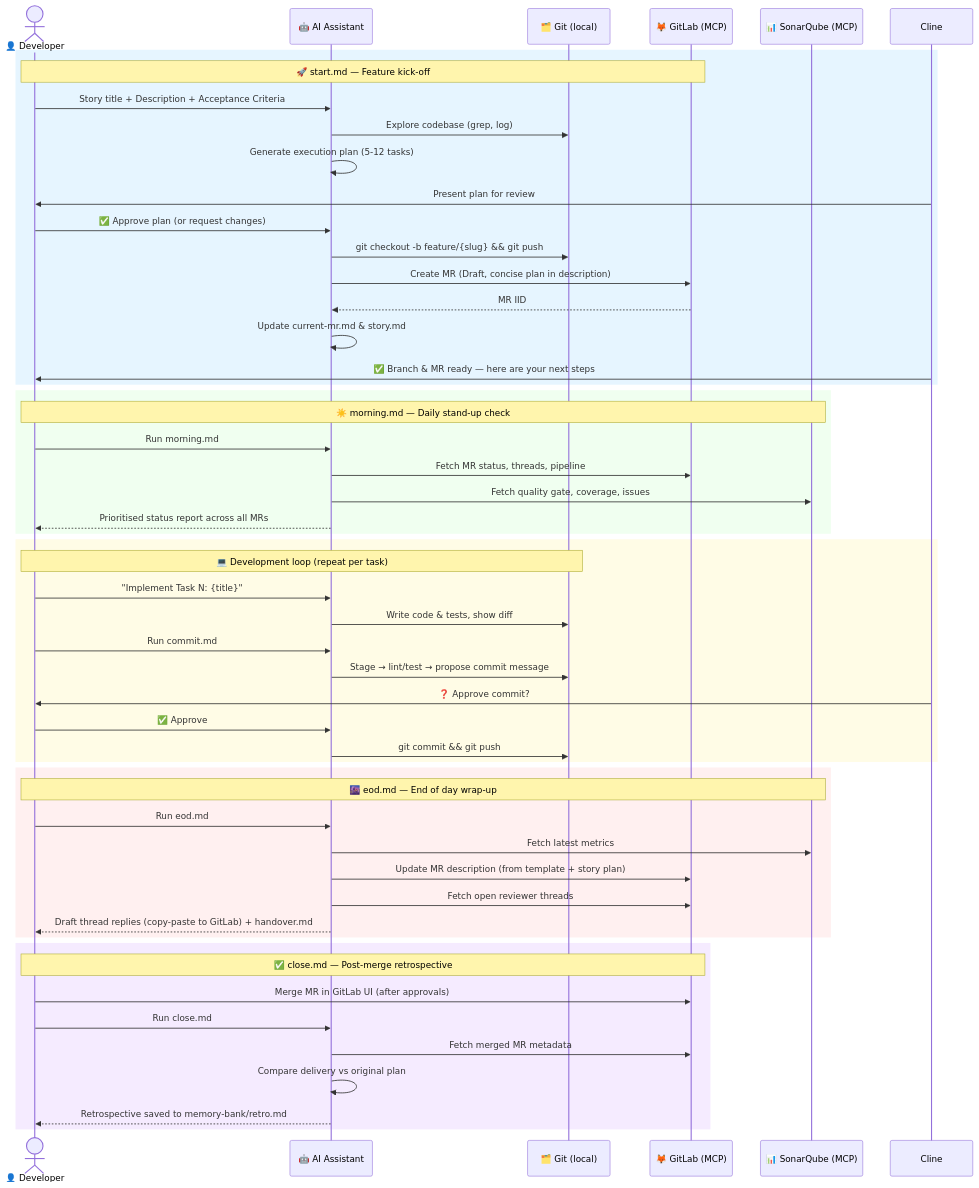
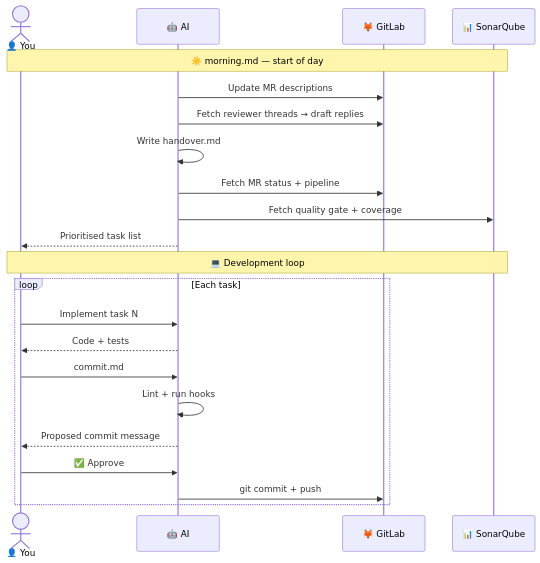
One commit to siwardean/cline-workflow changed the second of 2 diagrams in README.md. Above: the diagram before and after it, drawn with Mermaid. The commit also changed other lines of this file, not shown here.

First line of the commit message:
docs: rewrite README — concise, two mermaid diagrams, remove stale eod references

````diff
--- a/README.md
+++ b/README.md
@@ -13,59 +64,28 @@
 ```mermaid
 sequenceDiagram
-    actor Dev as 👤 Developer
-    participant AI as 🤖 AI Assistant
-    participant Git as 🗂️ Git (local)
-    participant GL as 🦊 GitLab (MCP)
-    participant SQ as 📊 SonarQube (MCP)
+    actor Dev as 👤 You
+    participant AI as 🤖 AI
+    participant GL as 🦊 GitLab
+    participant SQ as 📊 SonarQube
 
-    rect rgb(230, 245, 255)
-        Note over Dev,GL: 🚀 start.md — Feature kick-off
-        Dev->>AI: Story title + Description + Acceptance Criteria
-        AI->>Git: Explore codebase (grep, log)
-        AI->>AI: Generate execution plan (5-12 tasks)
-        Cline->>Dev: Present plan for review
-        Dev->>AI: ✅ Approve plan (or request changes)
-        AI->>Git: git checkout -b feature/{slug} && git push
-        AI->>GL: Create MR (Draft, concise plan in description)
-        GL-->>AI: MR IID
-        AI->>AI: Update current-mr.md & story.md
-        Cline->>Dev: ✅ Branch & MR ready — here are your next steps
-    end
+    Note over Dev,SQ: ☀️ morning.md — start of day
 
-    rect rgb(240, 255, 240)
-        Note over Dev,SQ: ☀️ morning.md — Daily stand-up check
-        Dev->>AI: Run morning.md
-        AI->>GL: Fetch MR status, threads, pipeline
-        AI->>SQ: Fetch quality gate, coverage, issues
-        AI-->>Dev: Prioritised status report across all MRs
-    end
+    AI->>GL: Update MR descriptions
+    AI->>GL: Fetch reviewer threads → draft replies
+    AI->>AI: Write handover.md
+    AI->>GL: Fetch MR status + pipeline
+    AI->>SQ: Fetch quality gate + coverage
+    AI-->>Dev: Prioritised task list
 
-    rect rgb(255, 252, 230)
-        Note over Dev,Git: 💻 Development loop (repeat per task)
-        Dev->>AI: "Implement Task N: {title}"
-        AI->>Git: Write code & tests, show diff
-        Dev->>AI: Run commit.md
-        AI->>Git: Stage → lint/test → propose commit message
-        Cline->>Dev: ❓ Approve commit?
+    Note over Dev,SQ: 💻 Development loop
+
+    loop Each task
+        Dev->>AI: Implement task N
+        AI-->>Dev: Code + tests
+        Dev->>AI: commit.md
+        AI->>AI: Lint + run hooks
+        AI-->>Dev: Proposed commit message
         Dev->>AI: ✅ Approve
-        AI->>Git: git commit && git push
-    end
-
-    rect rgb(255, 240, 240)
-        Note over Dev,SQ: 🌆 eod.md — End of day wrap-up
-        Dev->>AI: Run eod.md
-        AI->>SQ: Fetch latest metrics
-        AI->>GL: Update MR description (from template + story plan)
-        AI->>GL: Fetch open reviewer threads
-        AI-->>Dev: Draft thread replies (copy-paste to GitLab) + handover.md
-    end
-
-    rect rgb(245, 235, 255)
-        Note over Dev,GL: ✅ close.md — Post-merge retrospective
-        Dev->>GL: Merge MR in GitLab UI (after approvals)
-        Dev->>AI: Run close.md
-        AI->>GL: Fetch merged MR metadata
-        AI->>AI: Compare delivery vs original plan
-        AI-->>Dev: Retrospective saved to memory-bank/retro.md
+        AI->>GL: git commit + push
     end
 ```
````
